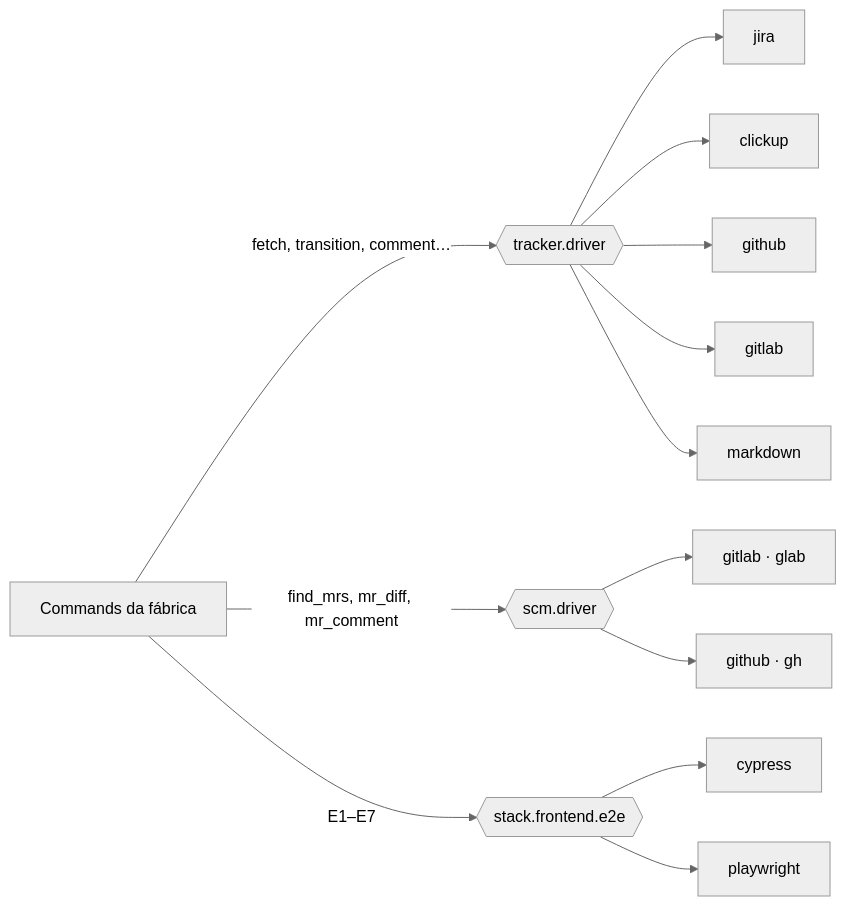
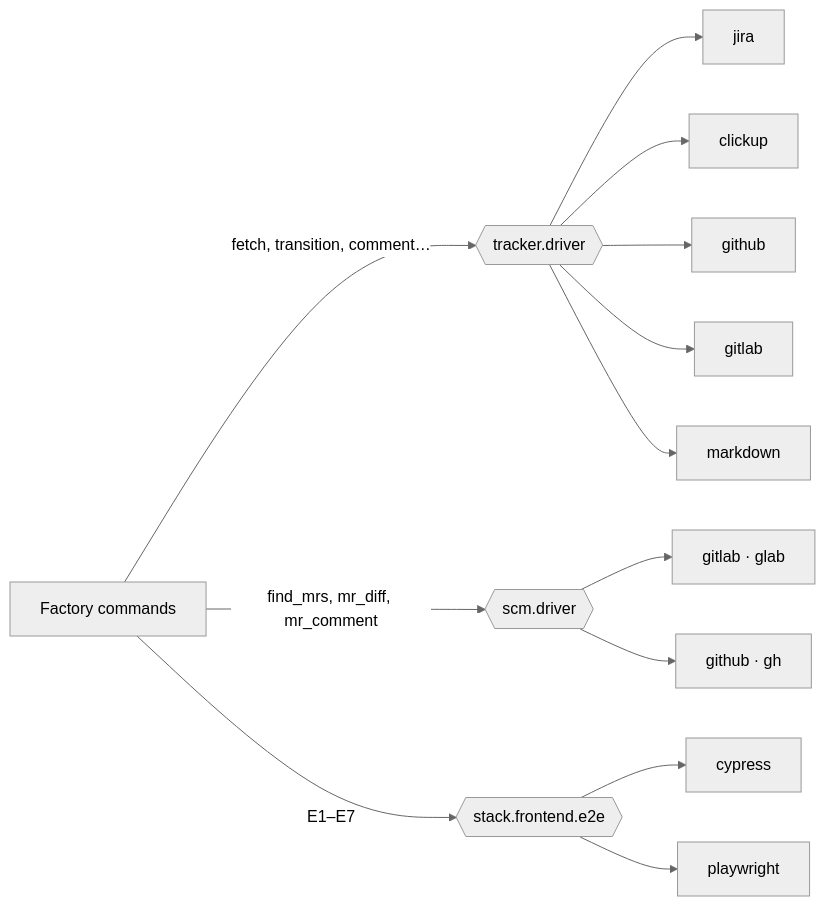
The diagram in docs/concepts.md (correaschneider/ai-factory), drawn with Mermaid (neutral theme) before and after one commit. The commit also changed other lines of this file and 49 other files, not shown here.

````diff
--- a/docs/concepts.md
+++ b/docs/concepts.md
@@ -41,15 +41,15 @@
 ```mermaid
 flowchart LR
-    C[Commands da fábrica] -->|fetch, transition, comment…| T{{tracker.driver}}
+    C[Factory commands] -->|fetch, transition, comment…| T{{tracker.driver}}
     C -->|find_mrs, mr_diff, mr_comment| S{{scm.driver}}
     T --> J[jira]
     T --> K[clickup]
     T --> GI[github]
     T --> G[gitlab]
     T --> M[markdown]
     S --> GL[gitlab · glab]
     S --> GH[github · gh]
     C -->|E1–E7| E{{stack.frontend.e2e}}
     E --> CY[cypress]
     E --> PW[playwright]
 ```
````
